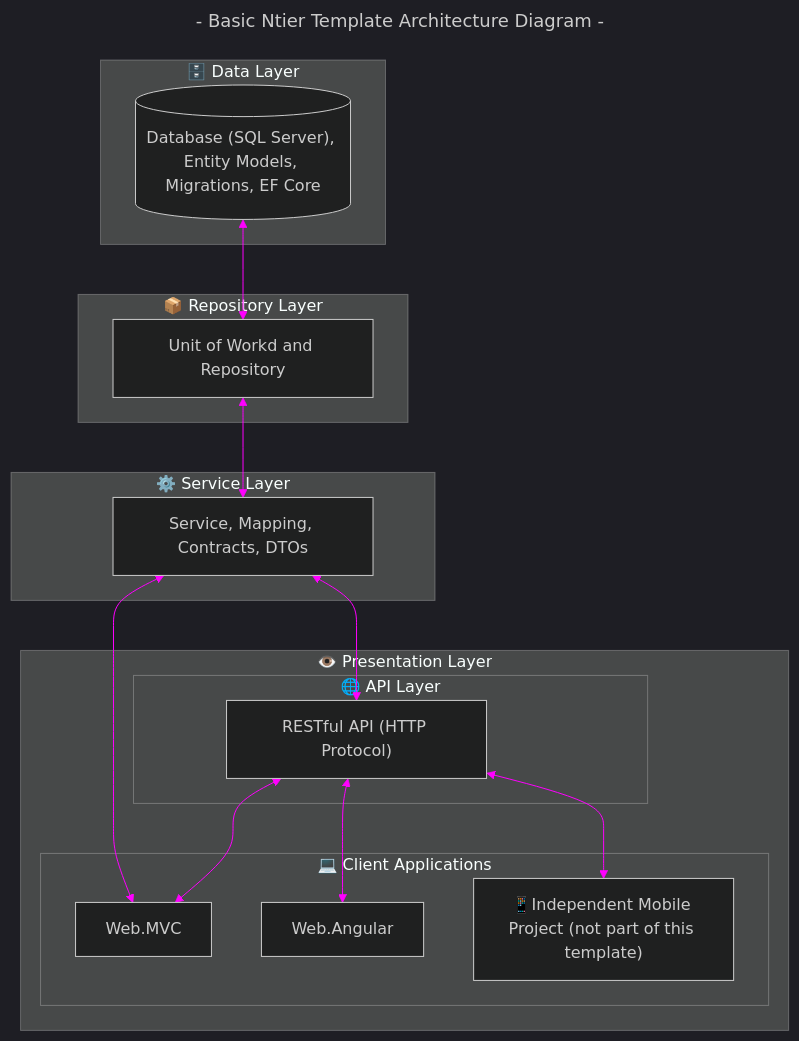
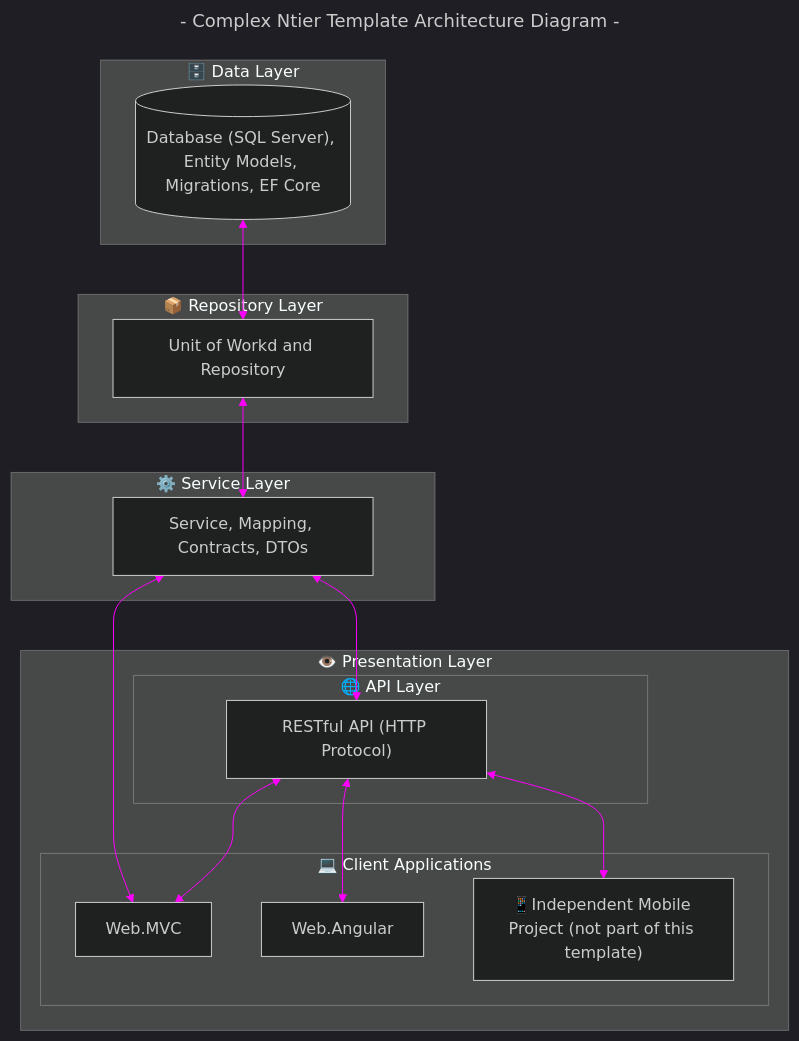
The diagram in docs/diagrams/ntier-architecture.mmd (carloswm85/basic-ntier-template), drawn with Mermaid before and after one commit. The commit also changed 319 other files, not shown here.

Commit message:
refactor # name change from BasicNtierTemplate to ComplexNtierTemplate

```diff
--- a/docs/diagrams/ntier-architecture.mmd
+++ b/docs/diagrams/ntier-architecture.mmd
@@ -1,46 +1,46 @@
 ---
-title: "- Basic Ntier Template Architecture Diagram -"
+title: "- Complex Ntier Template Architecture Diagram -"
 config:
   theme: dark
   themeVariables:
     {
       "lineColor": "#FF00FF"
     }
 ---
 flowchart
   direction TB
 
   %% ----------- LAYERS -----------
   subgraph Data["🗄️  Data Layer"]
     DB[("Database (SQL Server), Entity Models, Migrations, EF Core")]
   end
 
   subgraph Repository["📦  Repository Layer"]
     REPO[Unit of Workd and Repository]
   end
 
   subgraph Service["⚙️  Service Layer"]
     SVC[Service, Mapping, Contracts, DTOs]
   end
 
   %% Presentation Layer shifted to the side
   subgraph Pres["👁️ Presentation Layer"]
     subgraph API["🌐 API Layer"]
         REST["RESTful API (HTTP Protocol)"]
     end
     subgraph Clients["💻 Client Applications"]
       MVC[Web.MVC]
       SPA[Web.Angular]
       MOB["📱Independent Mobile Project (not part of this template)"]
     end
 
   end
 
   %% ----------- CONNECTIONS -----------
   DB <--> REPO
   REPO <--> SVC
   SVC <--> REST
   SVC <--> MVC
   REST <--> MVC
   REST <--> SPA
   REST <--> MOB
```
